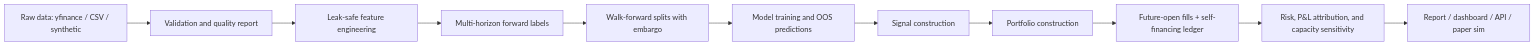
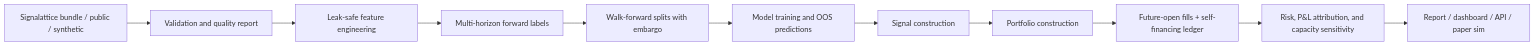
One commit to srgangaram-swe/AlphaForge changed the diagram in README.md. Above: the diagram before and after it, drawn with Mermaid. The commit also changed other lines of this file and 32 other files, not shown here.

````diff
--- a/README.md
+++ b/README.md
@@ -39,13 +47,13 @@
 ```mermaid
 flowchart LR
-    A[Raw data: yfinance / CSV / synthetic] --> B[Validation and quality report]
+    A[Signalattice bundle / public / synthetic] --> B[Validation and quality report]
     B --> C[Leak-safe feature engineering]
     C --> D[Multi-horizon forward labels]
     D --> E[Walk-forward splits with embargo]
     E --> F[Model training and OOS predictions]
     F --> G[Signal construction]
     G --> H[Portfolio construction]
     H --> I[Future-open fills + self-financing ledger]
     I --> J[Risk, P&L attribution, and capacity sensitivity]
     J --> K[Report / dashboard / API / paper sim]
 ```
````
